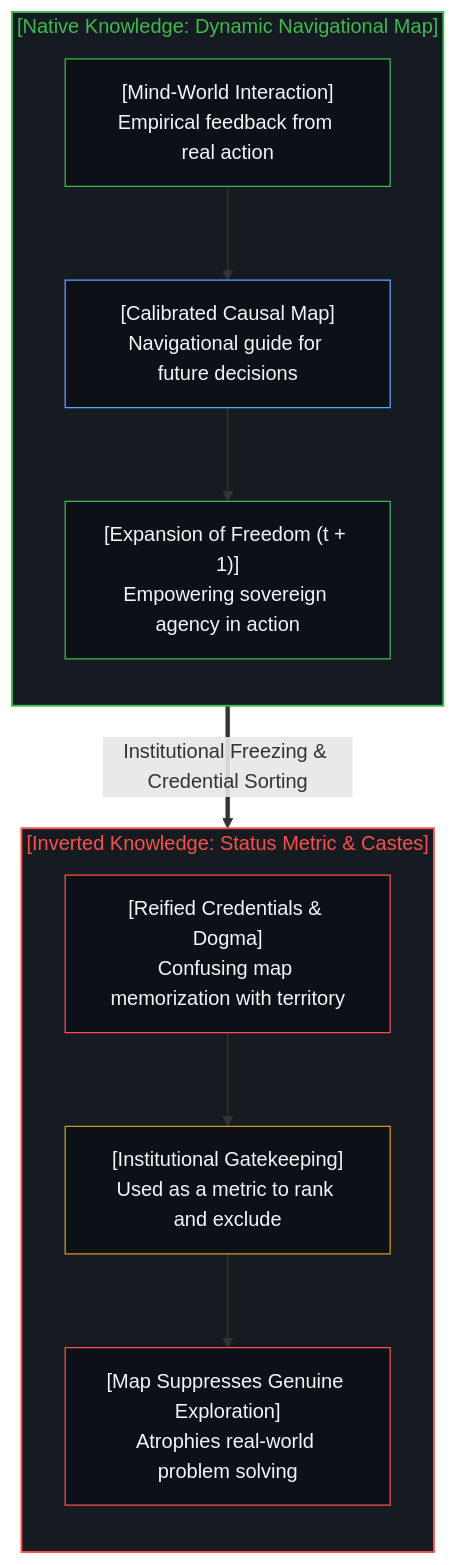
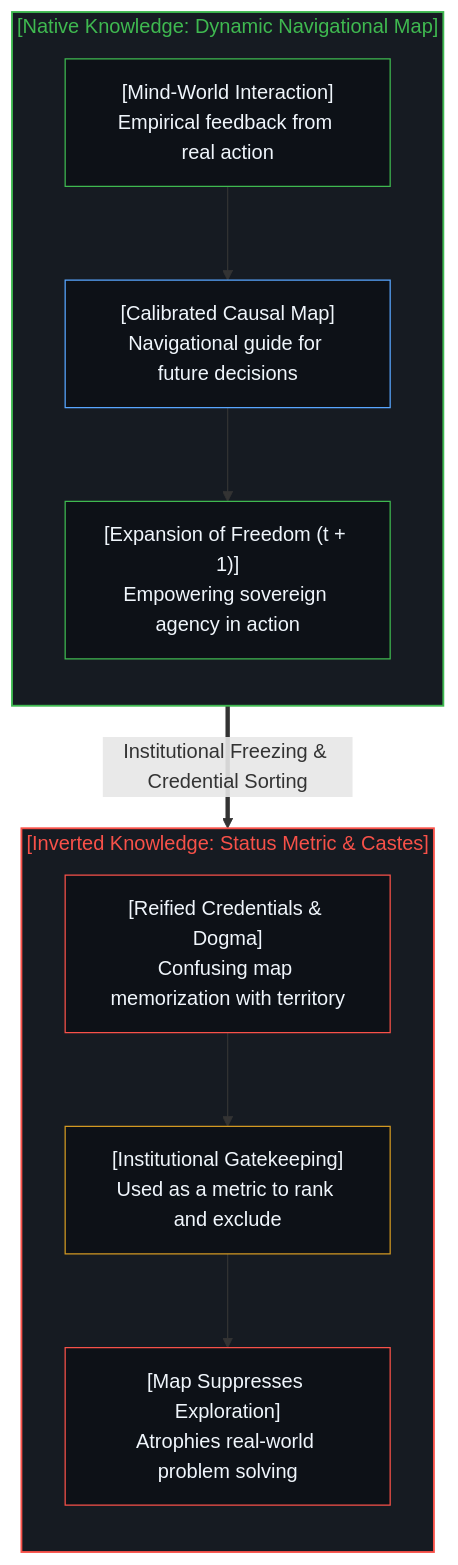
The eighth of 16 diagrams in content/posts/the-dissolution-of-the-great-reversal.md (powerpig99/not-a-toe), drawn with Mermaid before and after one commit. The commit also changed other lines of this file and 3 other files, not shown here.

````diff
--- a/content/posts/the-dissolution-of-the-great-reversal.md
+++ b/content/posts/the-dissolution-of-the-great-reversal.md
@@ -305,31 +284,28 @@
 ```mermaid
 flowchart TD
     subgraph S_OriginMap["[Native Knowledge: Dynamic Navigational Map]"]
         direction TB
         MindWorldInteraction["[Mind-World Interaction]<br/>Empirical feedback from real action"]
         DynamicNavMap["[Calibrated Causal Map]<br/>Navigational guide for future decisions"]
         ExpandingFreedom["[Expansion of Freedom (t + 1)]<br/>Empowering sovereign agency in action"]
         MindWorldInteraction --> DynamicNavMap
         DynamicNavMap --> ExpandingFreedom
     end
-
     S_OriginMap ==>|"Institutional Freezing & Credential Sorting"| S_InvertedHierarchy
-
     subgraph S_InvertedHierarchy["[Inverted Knowledge: Status Metric & Castes]"]
         direction TB
         ReifiedCredentials["[Reified Credentials & Dogma]<br/>Confusing map memorization with territory"]
         InstitutionalRanking["[Institutional Gatekeeping]<br/>Used as a metric to rank and exclude"]
-        DogmaticStagnation["[Map Suppresses Genuine Exploration]<br/>Atrophies real-world problem solving"]
+        DogmaticStagnation["[Map Suppresses Exploration]<br/>Atrophies real-world problem solving"]
         ReifiedCredentials --> InstitutionalRanking
         InstitutionalRanking --> DogmaticStagnation
     end
-
     style S_OriginMap fill:#161b22,stroke:#3fb950,stroke-width:1.5px,color:#3fb950
     style S_InvertedHierarchy fill:#161b22,stroke:#f85149,stroke-width:1.5px,color:#f85149
     style MindWorldInteraction fill:#0d1117,stroke:#3fb950,stroke-width:1px,color:#f0f6fc
     style DynamicNavMap fill:#0d1117,stroke:#58a6ff,stroke-width:1px,color:#f0f6fc
     style ExpandingFreedom fill:#0d1117,stroke:#3fb950,stroke-width:1px,color:#f0f6fc
     style ReifiedCredentials fill:#0d1117,stroke:#f85149,stroke-width:1px,color:#f0f6fc
     style InstitutionalRanking fill:#0d1117,stroke:#d29922,stroke-width:1px,color:#f0f6fc
     style DogmaticStagnation fill:#0d1117,stroke:#f85149,stroke-width:1px,color:#f0f6fc
 ```
````
